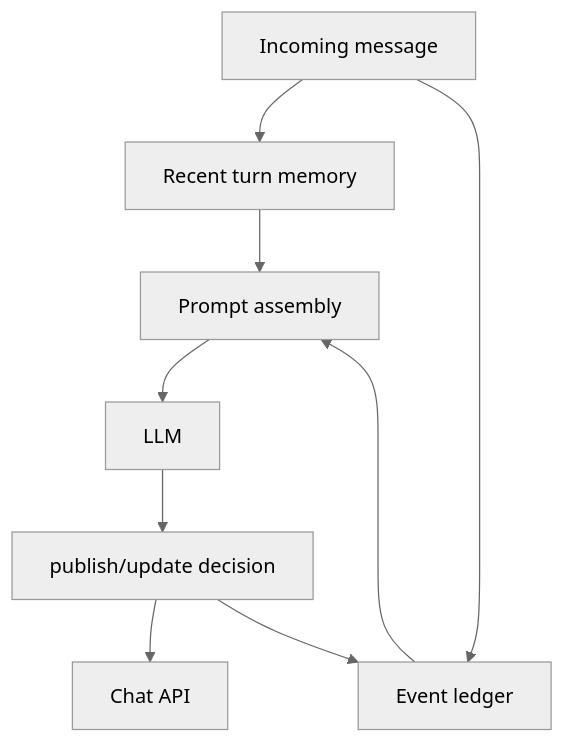
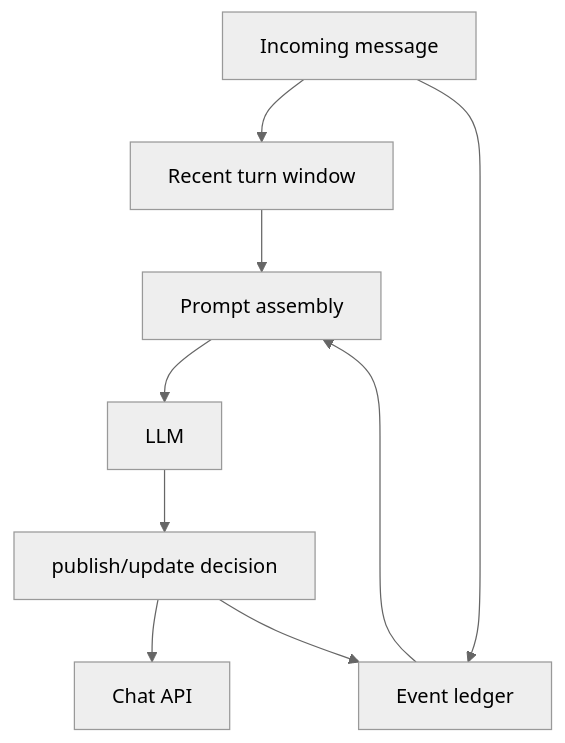
Before and after one commit to antlbn/Timezone_bot: the fourth of 6 diagrams in journal/analysis/llm_memory_alternatives.md, drawn with Mermaid (neutral theme). The commit also changed other lines of this file, not shown here.

Commit message:
feat: Revise LLM memory architecture to unify reasoning and execution logic

````diff
--- a/journal/analysis/llm_memory_alternatives.md
+++ b/journal/analysis/llm_memory_alternatives.md
@@ -203,11 +112,11 @@
 ```mermaid
 flowchart TD
-    A[Incoming message] --> B[Recent turn memory]
+    A[Incoming message] --> B[Recent turn window]
     A --> C[Event ledger]
     B --> D[Prompt assembly]
     C --> D
     D --> E[LLM]
     E --> F[publish/update decision]
     F --> G[Chat API]
     F --> C
 ```
````
